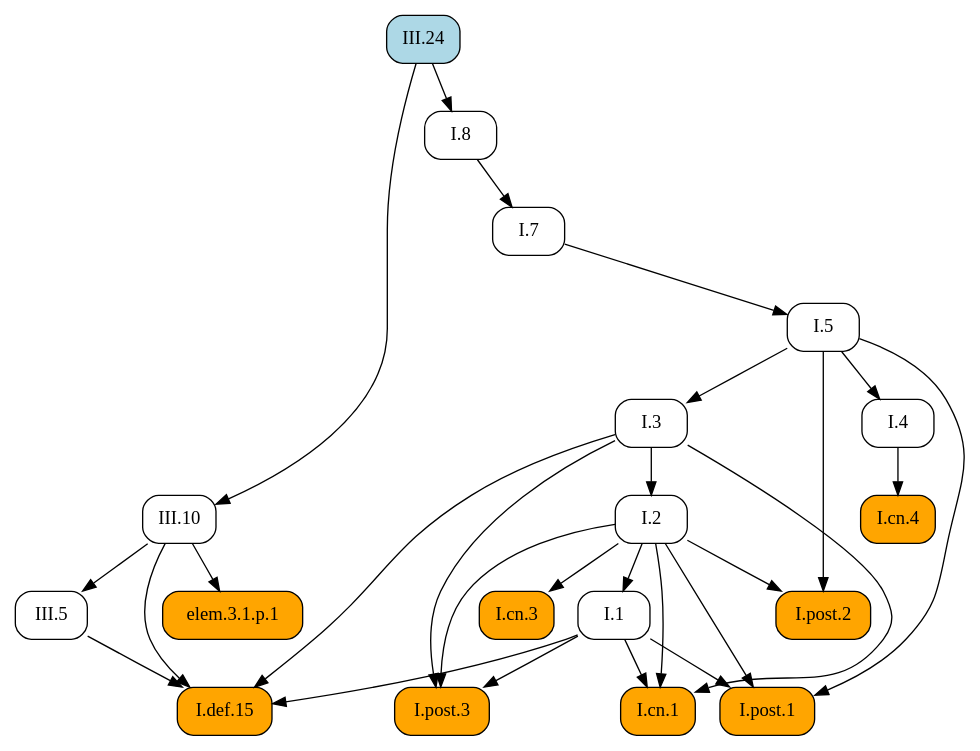
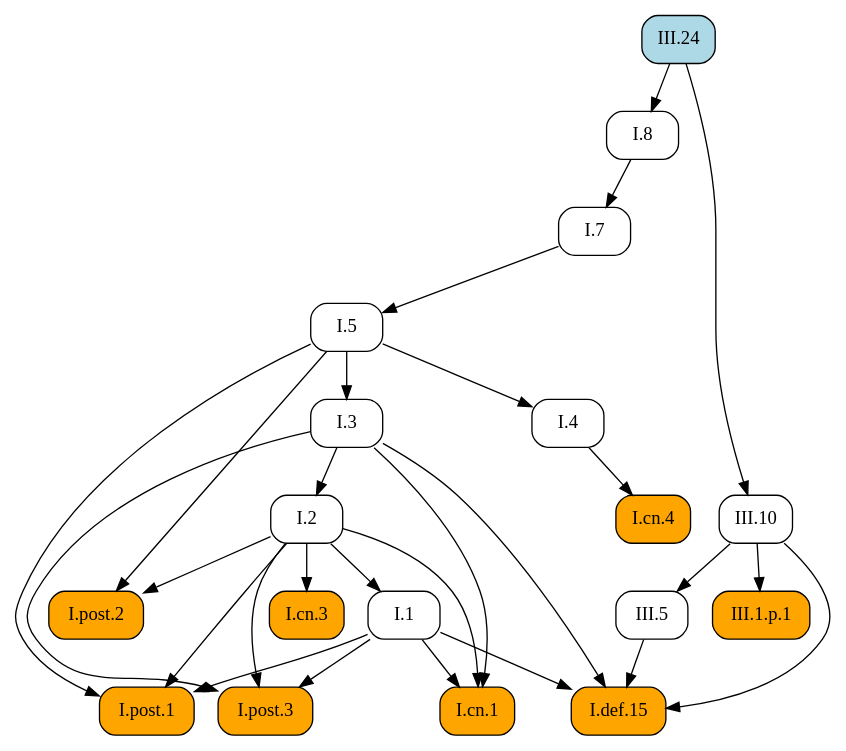
Before and after one commit to geometor/elements: the diagram in docsrc/heath/III/24/index.rst, drawn with Graphviz. The commit also changed 484 other files, not shown here.

```diff
--- a/docsrc/heath/III/24/index.rst
+++ b/docsrc/heath/III/24/index.rst
@@ -52,51 +52,51 @@
 .. graphviz::
 
    digraph {
      rankdir="TB";
      node [shape=box, style=rounded];
+     "I.cn.1" [style="rounded,filled", fillcolor=orange, URL="/heath/I/cn.1/", target="_top"];
+     "I.7" [URL="/heath/I/7/", target="_top"];
+     "III.24" [style="rounded,filled", fillcolor=lightblue, URL="/heath/III/24/", target="_top"];
+     "I.2" [URL="/heath/I/2/", target="_top"];
+     "I.def.15" [style="rounded,filled", fillcolor=orange, URL="/heath/I/def.15/", target="_top"];
+     "I.4" [URL="/heath/I/4/", target="_top"];
      "I.1" [URL="/heath/I/1/", target="_top"];
-     "I.7" [URL="/heath/I/7/", target="_top"];
+     "I.5" [URL="/heath/I/5/", target="_top"];
+     "I.post.1" [style="rounded,filled", fillcolor=orange, URL="/heath/I/post.1/", target="_top"];
+     "I.8" [URL="/heath/I/8/", target="_top"];
+     "I.post.3" [style="rounded,filled", fillcolor=orange, URL="/heath/I/post.3/", target="_top"];
+     "I.cn.3" [style="rounded,filled", fillcolor=orange, URL="/heath/I/cn.3/", target="_top"];
+     "III.10" [URL="/heath/III/10/", target="_top"];
+     "III.1.p.1" [style="rounded,filled", fillcolor=orange];
+     "I.cn.4" [style="rounded,filled", fillcolor=orange, URL="/heath/I/cn.4/", target="_top"];
+     "I.post.2" [style="rounded,filled", fillcolor=orange, URL="/heath/I/post.2/", target="_top"];
      "I.3" [URL="/heath/I/3/", target="_top"];
-     "I.2" [URL="/heath/I/2/", target="_top"];
-     "I.4" [URL="/heath/I/4/", target="_top"];
-     "elem.3.1.p.1" [style="rounded,filled", fillcolor=orange];
-     "I.post.2" [style="rounded,filled", fillcolor=orange, URL="/heath/I/post.2/", target="_top"];
-     "I.def.15" [style="rounded,filled", fillcolor=orange, URL="/heath/I/def.15/", target="_top"];
-     "III.10" [URL="/heath/III/10/", target="_top"];
-     "I.post.3" [style="rounded,filled", fillcolor=orange, URL="/heath/I/post.3/", target="_top"];
-     "I.cn.1" [style="rounded,filled", fillcolor=orange, URL="/heath/I/cn.1/", target="_top"];
-     "I.cn.3" [style="rounded,filled", fillcolor=orange, URL="/heath/I/cn.3/", target="_top"];
-     "I.8" [URL="/heath/I/8/", target="_top"];
-     "I.cn.4" [style="rounded,filled", fillcolor=orange, URL="/heath/I/cn.4/", target="_top"];
-     "I.post.1" [style="rounded,filled", fillcolor=orange, URL="/heath/I/post.1/", target="_top"];
-     "III.24" [style="rounded,filled", fillcolor=lightblue, URL="/heath/III/24/", target="_top"];
-     "I.5" [URL="/heath/I/5/", target="_top"];
      "III.5" [URL="/heath/III/5/", target="_top"];
-     "I.2" -> "I.1";
+     "I.1" -> "I.cn.1";
+     "I.2" -> "I.cn.1";
+     "I.3" -> "I.cn.1";
      "I.8" -> "I.7";
-     "I.5" -> "I.3";
      "I.3" -> "I.2";
-     "I.5" -> "I.4";
-     "III.10" -> "elem.3.1.p.1";
-     "I.2" -> "I.post.2";
-     "I.5" -> "I.post.2";
      "I.1" -> "I.def.15";
      "I.3" -> "I.def.15";
      "III.5" -> "I.def.15";
      "III.10" -> "I.def.15";
-     "III.24" -> "III.10";
+     "I.5" -> "I.4";
+     "I.2" -> "I.1";
+     "I.7" -> "I.5";
+     "I.1" -> "I.post.1";
+     "I.2" -> "I.post.1";
+     "I.5" -> "I.post.1";
+     "III.24" -> "I.8";
      "I.1" -> "I.post.3";
      "I.2" -> "I.post.3";
      "I.3" -> "I.post.3";
-     "I.1" -> "I.cn.1";
-     "I.2" -> "I.cn.1";
-     "I.3" -> "I.cn.1";
      "I.2" -> "I.cn.3";
-     "III.24" -> "I.8";
+     "III.24" -> "III.10";
+     "III.10" -> "III.1.p.1";
      "I.4" -> "I.cn.4";
-     "I.1" -> "I.post.1";
-     "I.2" -> "I.post.1";
-     "I.5" -> "I.post.1";
-     "I.7" -> "I.5";
+     "I.2" -> "I.post.2";
+     "I.5" -> "I.post.2";
+     "I.5" -> "I.3";
      "III.10" -> "III.5";
    }
```
